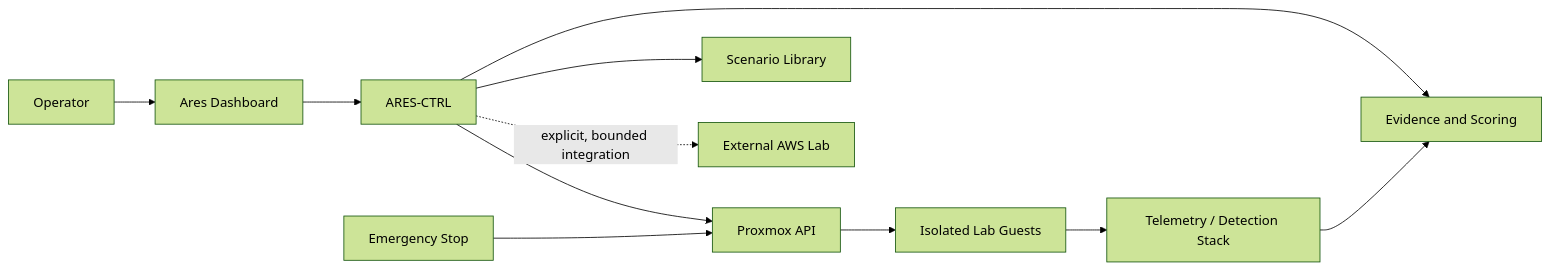
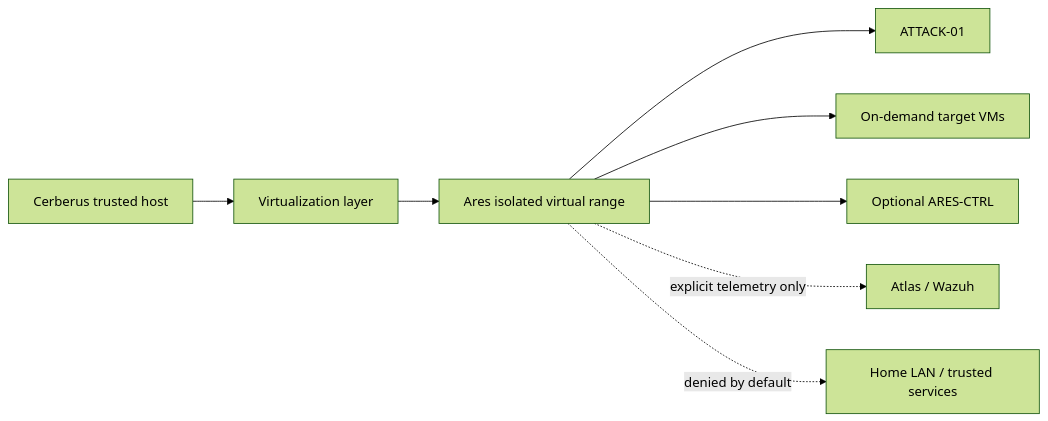
The diagram in README.md (scott-renny/project_ares), drawn with Mermaid (forest theme) before and after one commit. The commit also changed other lines of this file, not shown here.

Commit message:
Redesign Ares as Cerberus virtual cyber range

````diff
--- a/README.md
+++ b/README.md
@@ -58,13 +86,10 @@
 ```mermaid
 flowchart LR
-  OP["Operator"] --> UI["Ares Dashboard"]
-  UI --> CTRL["ARES-CTRL"]
-  CTRL --> PVE["Proxmox API"]
-  CTRL --> SC["Scenario Library"]
-  CTRL --> EV["Evidence and Scoring"]
-  PVE --> LAB["Isolated Lab Guests"]
-  LAB --> TEL["Telemetry / Detection Stack"]
-  TEL --> EV
-  CTRL -. explicit, bounded integration .-> AWS["External AWS Lab"]
-  KILL["Emergency Stop"] --> PVE
+  C["Cerberus trusted host"] --> V["Virtualization layer"]
+  V --> A["Ares isolated virtual range"]
+  A --> K["ATTACK-01"]
+  A --> T["On-demand target VMs"]
+  A --> X["Optional ARES-CTRL"]
+  A -. "explicit telemetry only" .-> W["Atlas / Wazuh"]
+  A -. "denied by default" .-> L["Home LAN / trusted services"]
 ```
````
